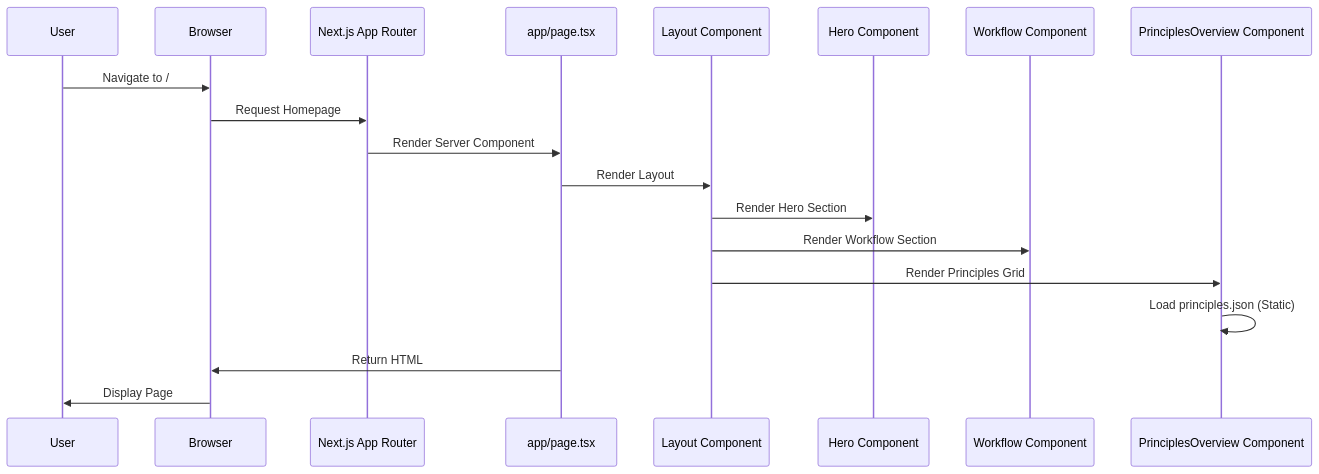
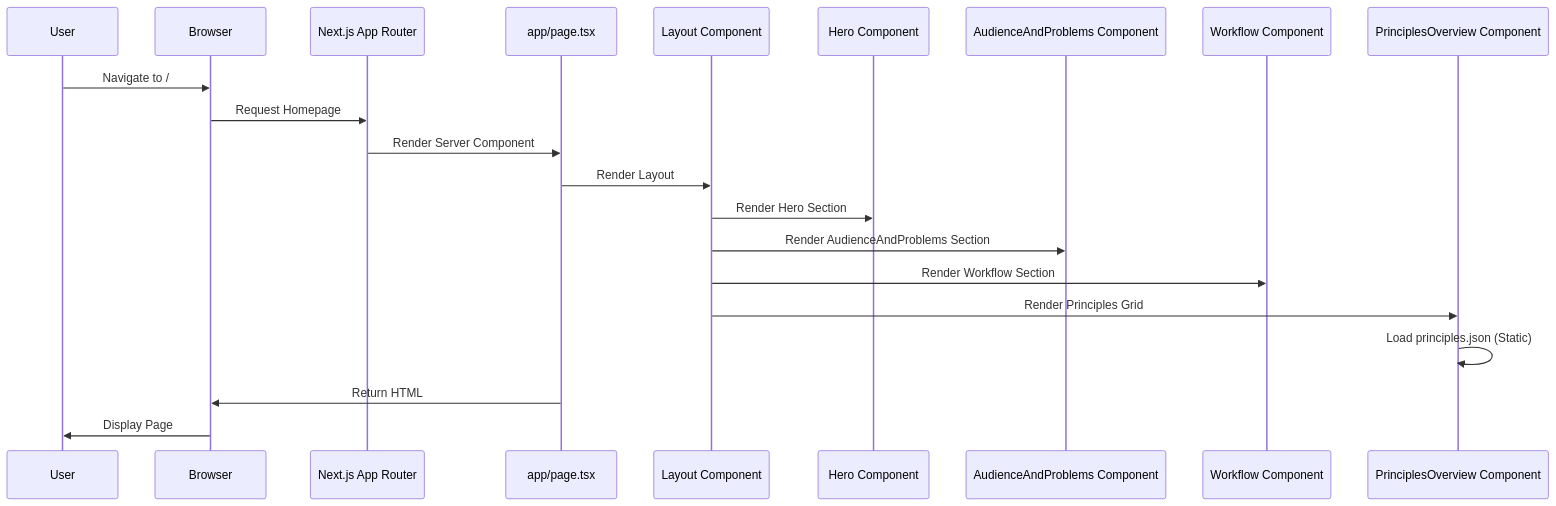
One commit to pfederi/pragmaticux changed the eighth of 15 diagrams in docs/arc42.md. Above: the diagram before and after it, drawn with Mermaid. The commit also changed other lines of this file and 11 other files, not shown here.

````diff
--- a/docs/arc42.md
+++ b/docs/arc42.md
@@ -393,22 +397,24 @@
 ```mermaid
 sequenceDiagram
     participant User
     participant Browser
     participant NextJS as Next.js App Router
     participant Page as app/page.tsx
     participant Layout as Layout Component
     participant Hero as Hero Component
+    participant Audience as AudienceAndProblems Component
     participant Workflow as Workflow Component
     participant Principles as PrinciplesOverview Component
     
     User->>Browser: Navigate to /
     Browser->>NextJS: Request Homepage
     NextJS->>Page: Render Server Component
     Page->>Layout: Render Layout
     Layout->>Hero: Render Hero Section
+    Layout->>Audience: Render AudienceAndProblems Section
     Layout->>Workflow: Render Workflow Section
     Layout->>Principles: Render Principles Grid
     Principles->>Principles: Load principles.json (Static)
     Page->>Browser: Return HTML
     Browser->>User: Display Page
 ```
````
